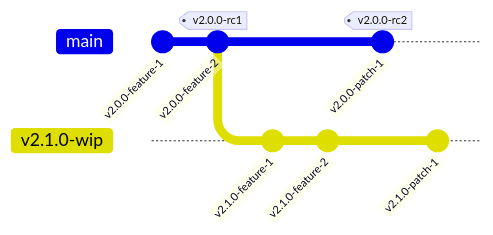
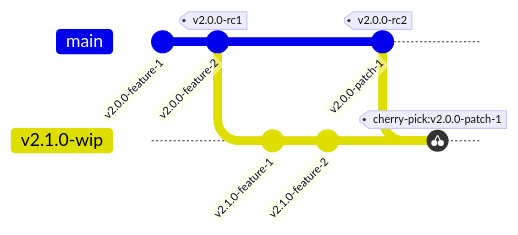
The sixth of 9 diagrams in README.md (nhsuk/manage-vaccinations-in-schools), drawn with Mermaid before and after one commit. The commit also changed other lines of this file, not shown here.

First line of the commit message:
Update diagrams

````diff
--- a/README.md
+++ b/README.md
@@ -196,13 +200,13 @@
 ```mermaid
 gitGraph
 commit id: "v2.0.0-feature-1"
 commit id: "v2.0.0-feature-2" tag: "v2.0.0-rc1"
 branch v2.1.0-wip
 checkout v2.1.0-wip
 commit id: "v2.1.0-feature-1"
 commit id: "v2.1.0-feature-2"
 checkout main
 commit id: "v2.0.0-patch-1" tag: "v2.0.0-rc2"
 checkout "v2.1.0-wip"
-commit id: "v2.1.0-patch-1"
+cherry-pick id: "v2.0.0-patch-1"
 ```
````
